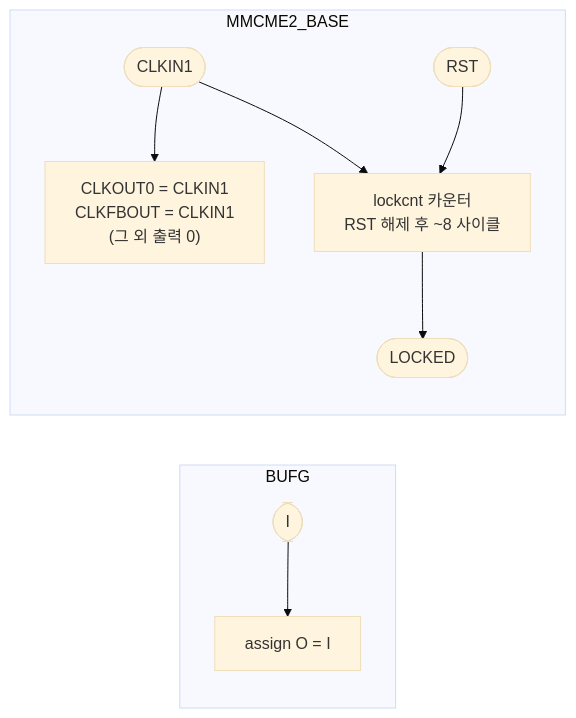
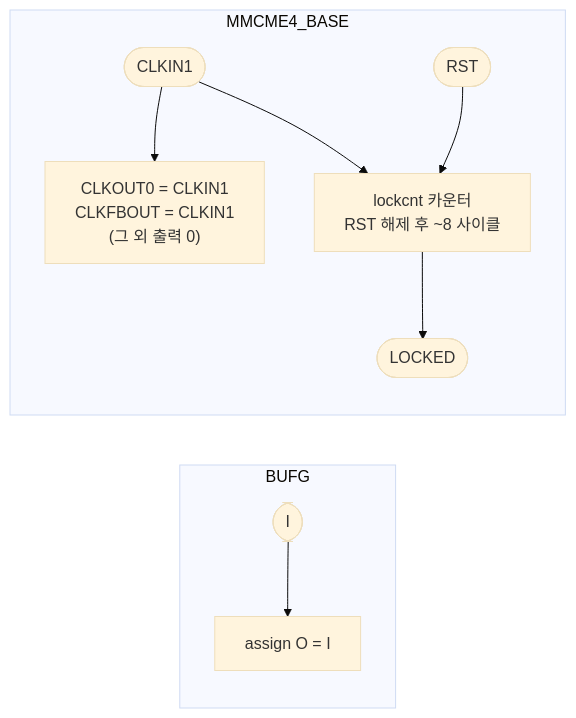
The diagram in sim/xilinx_stubs.sv.kr.md (chorus96/gateGPT), drawn with Mermaid (base theme) before and after one commit. The commit also changed other lines of this file and 9 other files, not shown here.

First line of the commit message:
Retarget the Vivado flow from Artix-7 to Kria K26 (Zynq UltraScale+)

````diff
--- a/sim/xilinx_stubs.sv.kr.md
+++ b/sim/xilinx_stubs.sv.kr.md
@@ -20,13 +20,13 @@
 ```mermaid
 flowchart LR
     subgraph BUFG
         I2(["I"]) --> O2["assign O = I"]
     end
-    subgraph MMCME2_BASE
+    subgraph MMCME4_BASE
         direction TB
         CIN(["CLKIN1"]) --> PASS["CLKOUT0 = CLKIN1<br/>CLKFBOUT = CLKIN1<br/>(그 외 출력 0)"]
         RST(["RST"]) --> LCK["lockcnt 카운터<br/>RST 해제 후 ~8 사이클"]
         CIN --> LCK
         LCK --> LOCKED(["LOCKED"])
     end
 ```
````
